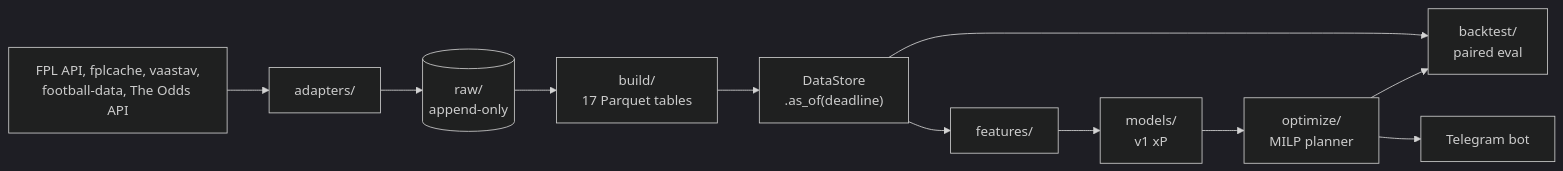
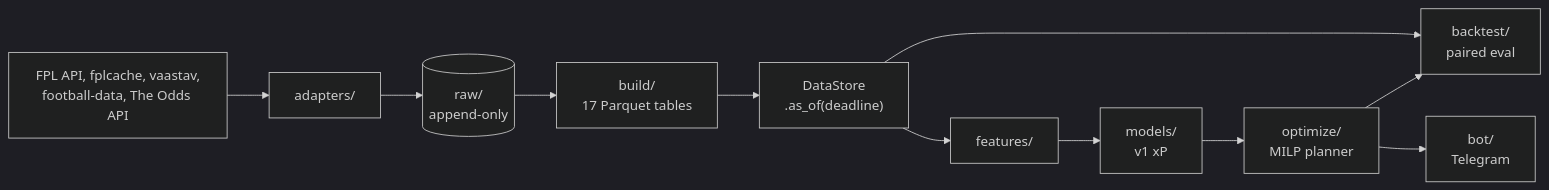
One commit to samintisar/fpl-optimizer changed the diagram in README.md. Above: the diagram before and after it, drawn with Mermaid (dark theme). The commit also changed other lines of this file and 1 other file, not shown here.

First line of the commit message:
docs(readme): Phases 5b-7 - holdout result, bot, real-team plans

````diff
--- a/README.md
+++ b/README.md
@@ -100,11 +120,11 @@
 ```mermaid
 flowchart LR
     SRC["FPL API, fplcache, vaastav,<br/>football-data, The Odds API"] --> A[adapters/]
     A --> RAW[("raw/<br/>append-only")]
     RAW --> B["build/<br/>17 Parquet tables"]
     B --> DS["DataStore<br/>.as_of(deadline)"]
     DS --> F[features/] --> M["models/<br/>v1 xP"] --> P["optimize/<br/>MILP planner"]
     P --> BT["backtest/<br/>paired eval"]
     DS --> BT
-    P --> BOT[Telegram bot]
+    P --> BOT["bot/<br/>Telegram"]
 ```
````
